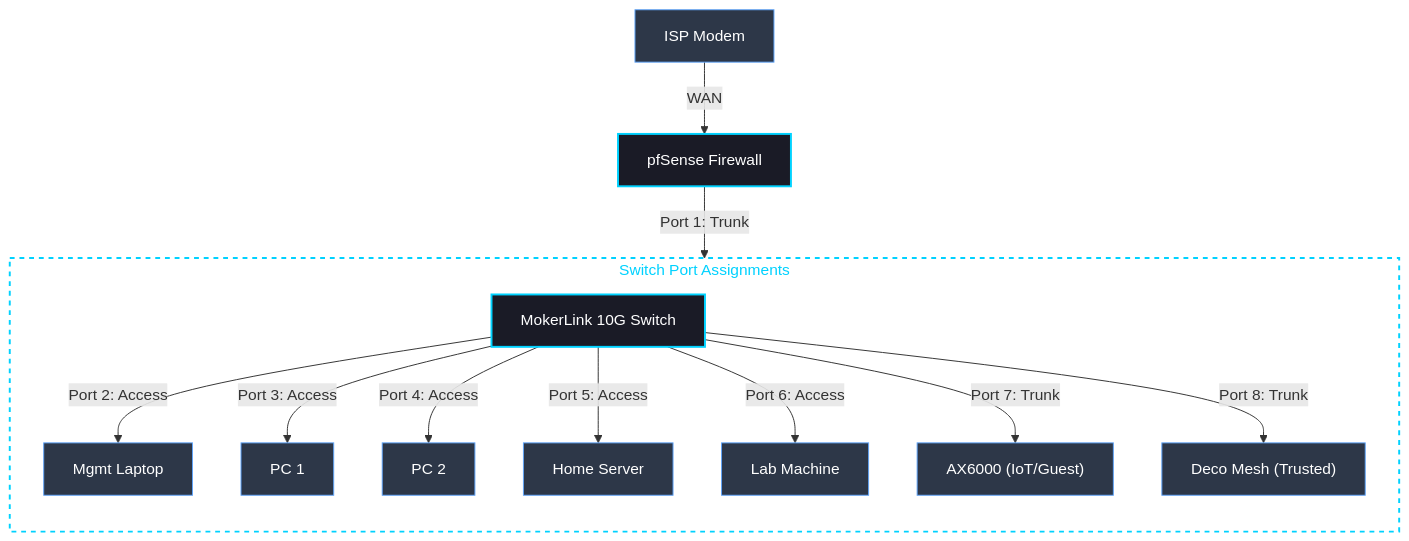
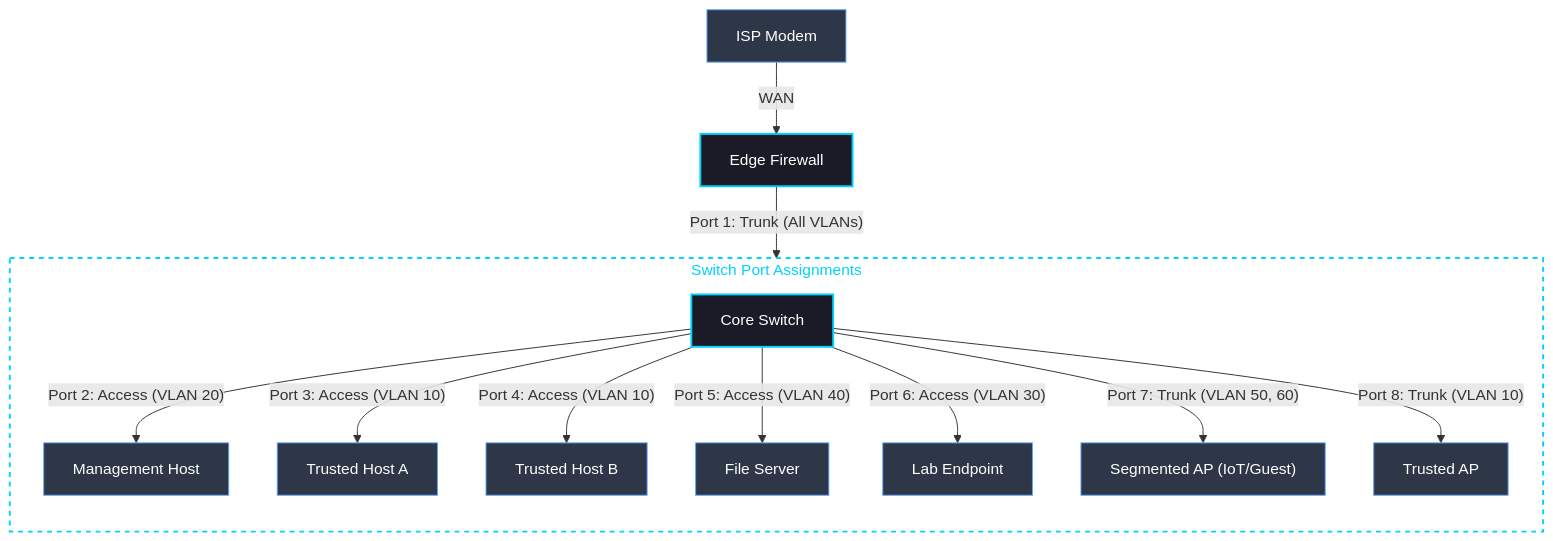
Before and after one commit to gurvinny/home-network-lab: the diagram in network-core/switch-config/vlan-setup.md, drawn with Mermaid. The commit also changed other lines of this file and 14 other files, not shown here.

First line of the commit message:
docs: full restructure — pfSense Plus, Tailscale, DNS enforcement, SOC theme

````diff
--- a/network-core/switch-config/vlan-setup.md
+++ b/network-core/switch-config/vlan-setup.md
@@ -17,28 +17,23 @@
 ```mermaid
 graph TB
-    %% Cyber Sec Grey/Blue Theme Styling
+    %% Cyber Sec Grey/Blue Theme
     classDef firewall fill:#1a1b26,stroke:#00d2ff,stroke-width:2px,color:#ffffff;
     classDef switch fill:#1a1b26,stroke:#00d2ff,stroke-width:2px,color:#ffffff;
     classDef endpoint fill:#2d3748,stroke:#60a5fa,stroke-width:1px,color:#ffffff;
     classDef zone fill:#00000000,stroke:#00d2ff,stroke-width:2px,color:#00d2ff,stroke-dasharray: 5 5;
 
-    %% Nodes
-    FW["pfSense Firewall"]:::firewall
-    SW["MokerLink 10G Switch"]:::switch
-    ISP["ISP Modem"]:::endpoint -->|"WAN"| FW
-
-    %% Connections
-    FW -->|"Port 1: Trunk"| SW
+    ISP["ISP Modem"]:::endpoint -->|"WAN"| FW["Edge Firewall"]:::firewall
+    FW -->|"Port 1: Trunk (All VLANs)"| SW["Core Switch"]:::switch
 
     subgraph Port_Assignments ["Switch Port Assignments"]
         direction TB
-        SW -->|"Port 2: Access"| Mgmt["Mgmt Laptop"]:::endpoint
-        SW -->|"Port 3: Access"| PC1["PC 1"]:::endpoint
-        SW -->|"Port 4: Access"| PC2["PC 2"]:::endpoint
-        SW -->|"Port 5: Access"| Srv["Home Server"]:::endpoint
-        SW -->|"Port 6: Access"| Lab["Lab Machine"]:::endpoint
-        SW -->|"Port 7: Trunk"| IoT_AP["AX6000 (IoT/Guest)"]:::endpoint
-        SW -->|"Port 8: Trunk"| Main_AP["Deco Mesh (Trusted)"]:::endpoint
+        SW -->|"Port 2: Access (VLAN 20)"| MgmtHost["Management Host"]:::endpoint
+        SW -->|"Port 3: Access (VLAN 10)"| TrustedHost1["Trusted Host A"]:::endpoint
+        SW -->|"Port 4: Access (VLAN 10)"| TrustedHost2["Trusted Host B"]:::endpoint
+        SW -->|"Port 5: Access (VLAN 40)"| FileServer["File Server"]:::endpoint
+        SW -->|"Port 6: Access (VLAN 30)"| LabEndpoint["Lab Endpoint"]:::endpoint
+        SW -->|"Port 7: Trunk (VLAN 50, 60)"| SegmentedAP["Segmented AP (IoT/Guest)"]:::endpoint
+        SW -->|"Port 8: Trunk (VLAN 10)"| TrustedAP["Trusted AP"]:::endpoint
     end
     class Port_Assignments zone;
 ```
````
